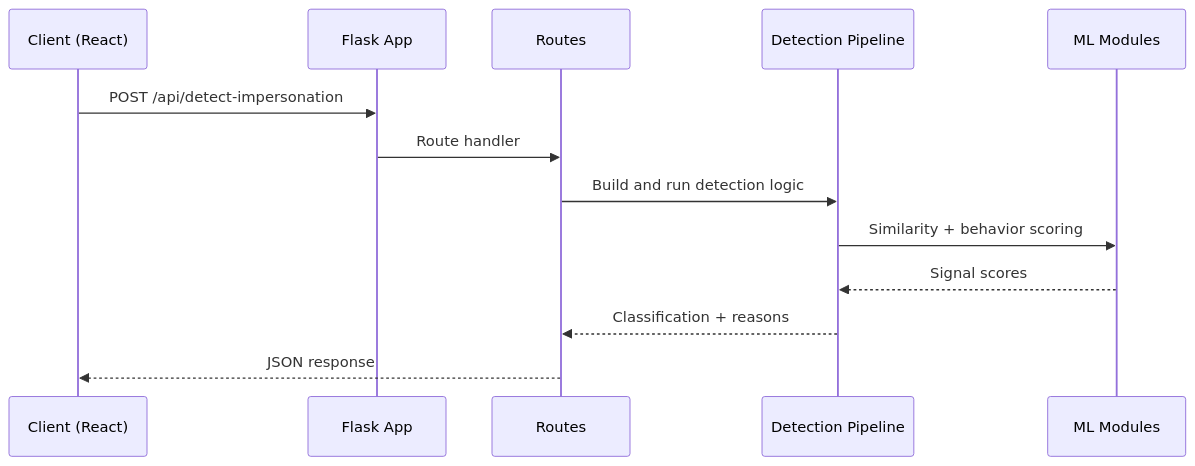
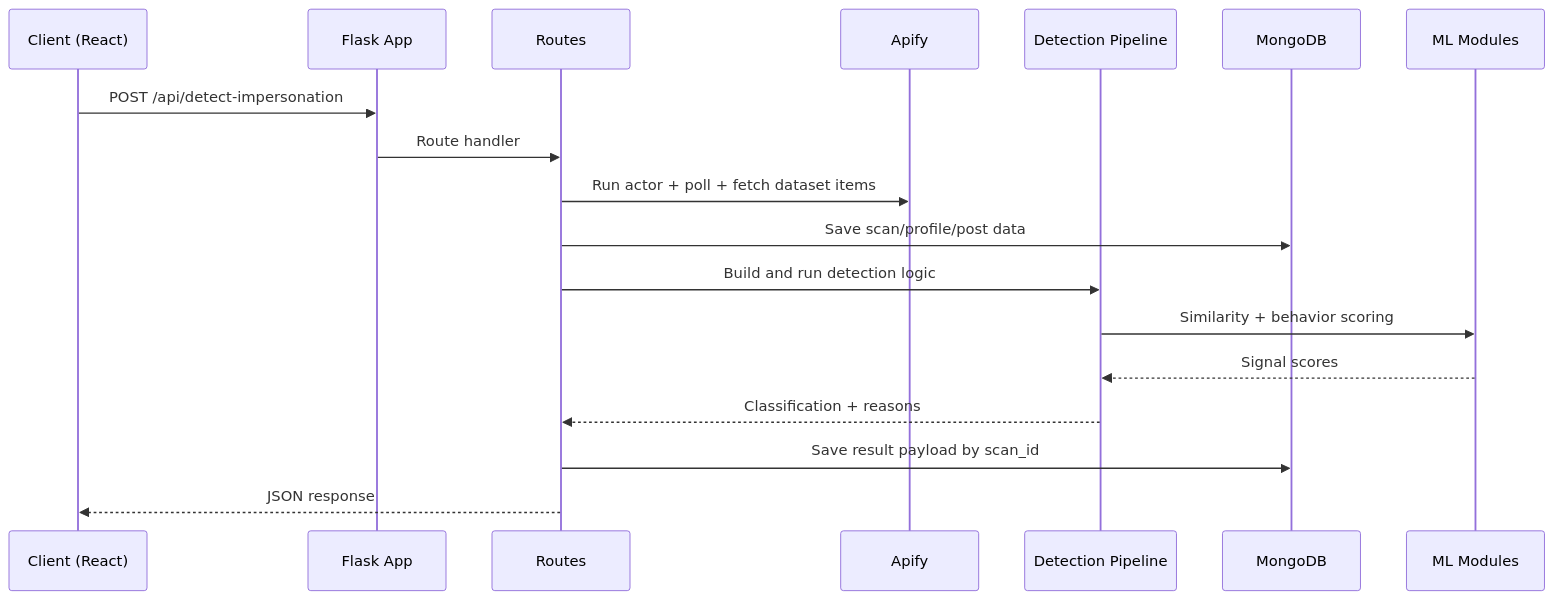
The second of 2 diagrams in README.md (ModiTanmay/FakeSheild), drawn with Mermaid before and after one commit. The commit also changed other lines of this file and 9 other files, not shown here.

````diff
--- a/README.md
+++ b/README.md
@@ -102,16 +106,21 @@
 ```mermaid
 sequenceDiagram
 		participant C as Client (React)
 		participant A as Flask App
 		participant RT as Routes
+		participant AP as Apify
 		participant DP as Detection Pipeline
+		participant MDB as MongoDB
 		participant ML as ML Modules
 
 		C->>A: POST /api/detect-impersonation
 		A->>RT: Route handler
+		RT->>AP: Run actor + poll + fetch dataset items
+		RT->>MDB: Save scan/profile/post data
 		RT->>DP: Build and run detection logic
 		DP->>ML: Similarity + behavior scoring
 		ML-->>DP: Signal scores
 		DP-->>RT: Classification + reasons
+		RT->>MDB: Save result payload by scan_id
 		RT-->>C: JSON response
 ```
````
